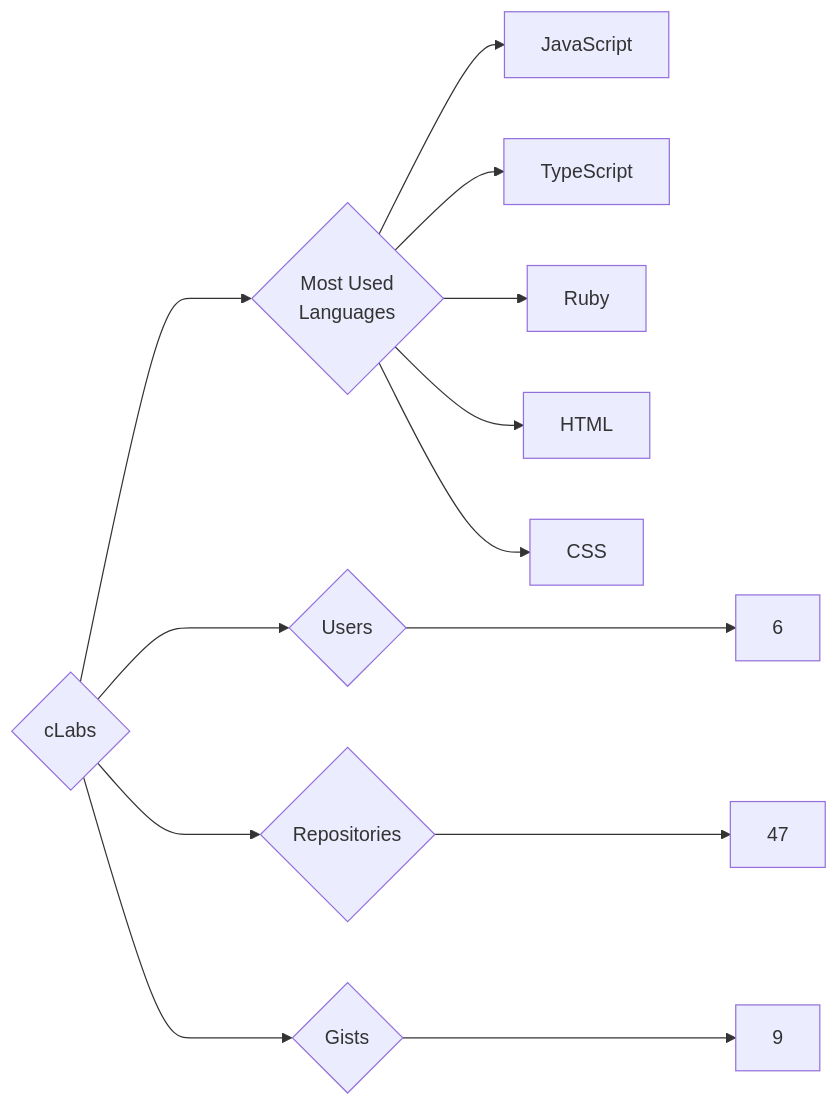
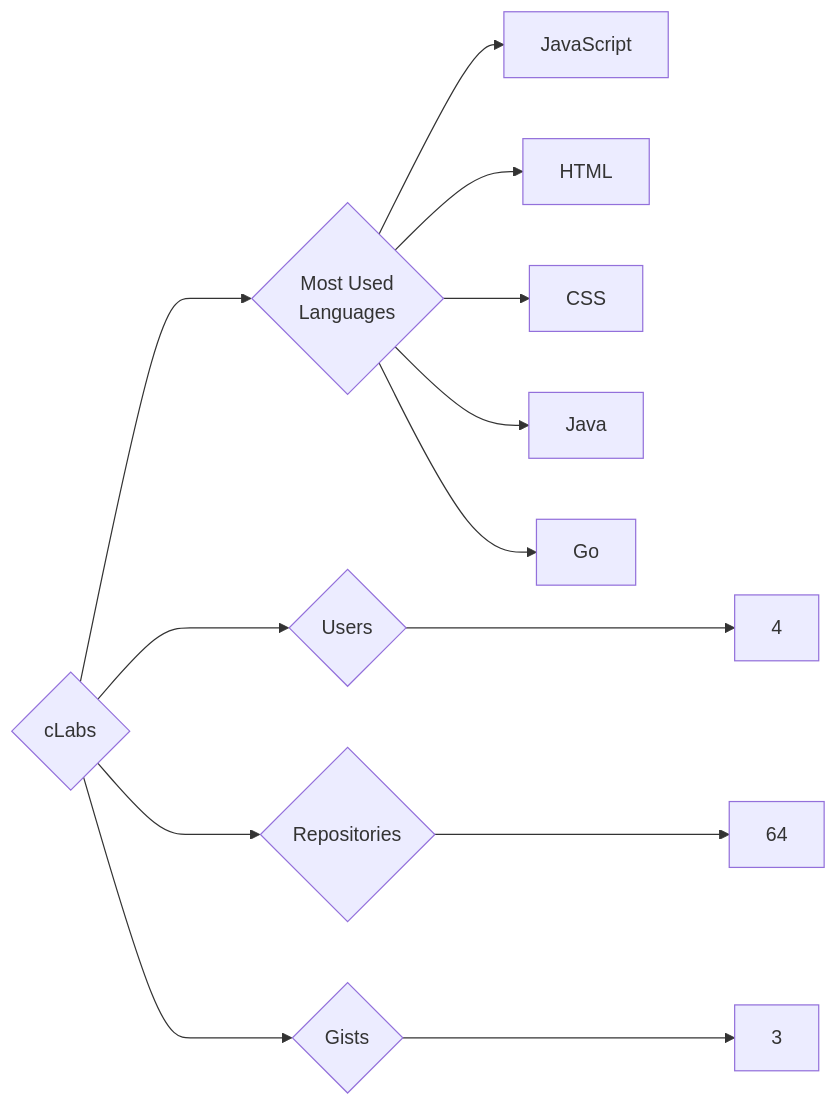
Before and after one commit to trickest/insiders: the diagram in targets/cLabs/README.md, drawn with Mermaid. The commit also changed 1166 other files, not shown here.

````diff
--- a/targets/cLabs/README.md
+++ b/targets/cLabs/README.md
@@ -3,13 +3,13 @@
 ```mermaid
 graph LR
 COMPANY_NAME{cLabs}
-COMPANY_NAME ---> U{Users} ---> UN[6]
-COMPANY_NAME ---> R{Repositories} ---> RN[47]
-COMPANY_NAME ---> G{Gists} ---> GN[9]
+COMPANY_NAME ---> U{Users} ---> UN[4]
+COMPANY_NAME ---> R{Repositories} ---> RN[64]
+COMPANY_NAME ---> G{Gists} ---> GN[3]
 COMPANY_NAME ---> ML{Most Used<br>Languages}
 ML --> JavaScript[JavaScript]
-ML --> TypeScript[TypeScript]
-ML --> Ruby[Ruby]
 ML --> HTML[HTML]
 ML --> CSS[CSS]
+ML --> Java[Java]
+ML --> Go[Go]
 ```
````
